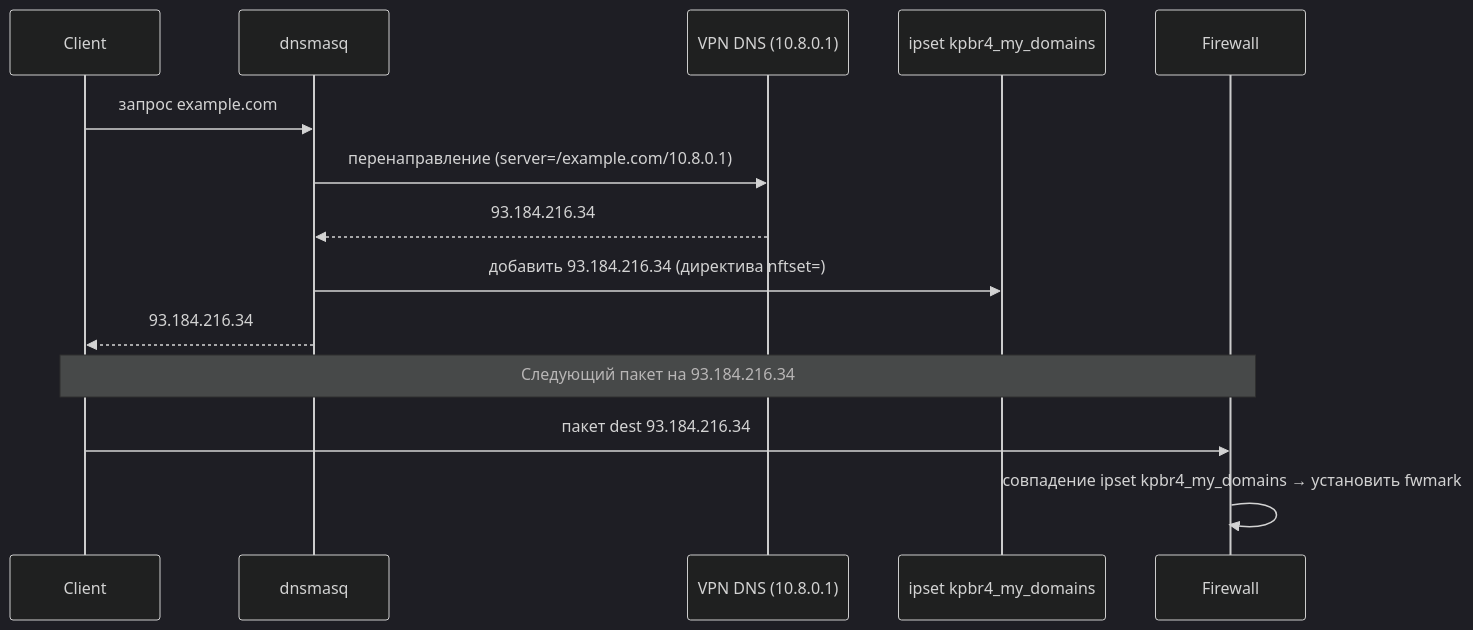
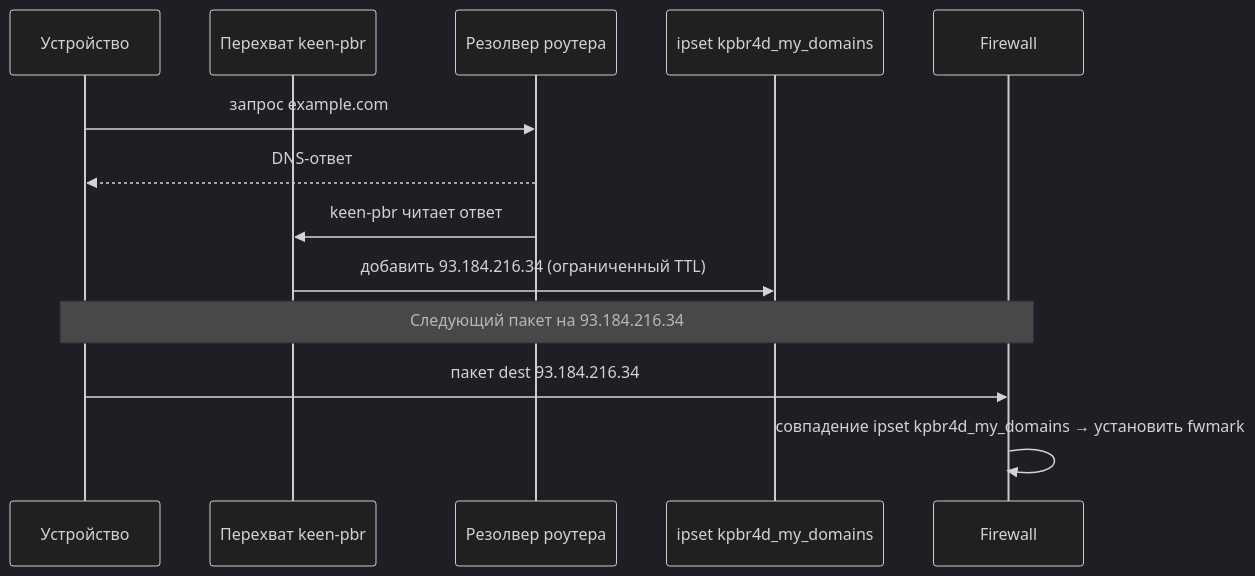
The third of 3 diagrams in ru/docs/concepts.md (maksimkurb/keen-pbr), drawn with Mermaid (dark theme) before and after one commit. The commit also changed other lines of this file and 115 other files, not shown here.

````diff
--- a/ru/docs/concepts.md
+++ b/ru/docs/concepts.md
@@ -140,18 +148,17 @@
 ```mermaid
 sequenceDiagram
-    participant Client
-    participant dnsmasq
-    participant VPN_DNS as VPN DNS (10.8.0.1)
-    participant Ipset as ipset kpbr4_my_domains
+    participant Client as Устройство
+    participant Interceptor as Перехват keen-pbr
+    participant Resolver as Резолвер роутера
+    participant Ipset as ipset kpbr4d_my_domains
     participant Firewall
 
-    Client->>dnsmasq: запрос example.com
-    dnsmasq->>VPN_DNS: перенаправление (server=/example.com/10.8.0.1)
-    VPN_DNS-->>dnsmasq: 93.184.216.34
-    dnsmasq->>Ipset: добавить 93.184.216.34 (директива nftset=)
-    dnsmasq-->>Client: 93.184.216.34
+    Client->>Resolver: запрос example.com
+    Resolver-->>Client: DNS-ответ
+    Resolver->>Interceptor: keen-pbr читает ответ
+    Interceptor->>Ipset: добавить 93.184.216.34 (ограниченный TTL)
 
     Note over Client,Firewall: Следующий пакет на 93.184.216.34
     Client->>Firewall: пакет dest 93.184.216.34
-    Firewall->>Firewall: совпадение ipset kpbr4_my_domains → установить fwmark
+    Firewall->>Firewall: совпадение ipset kpbr4d_my_domains → установить fwmark
 ```
````
